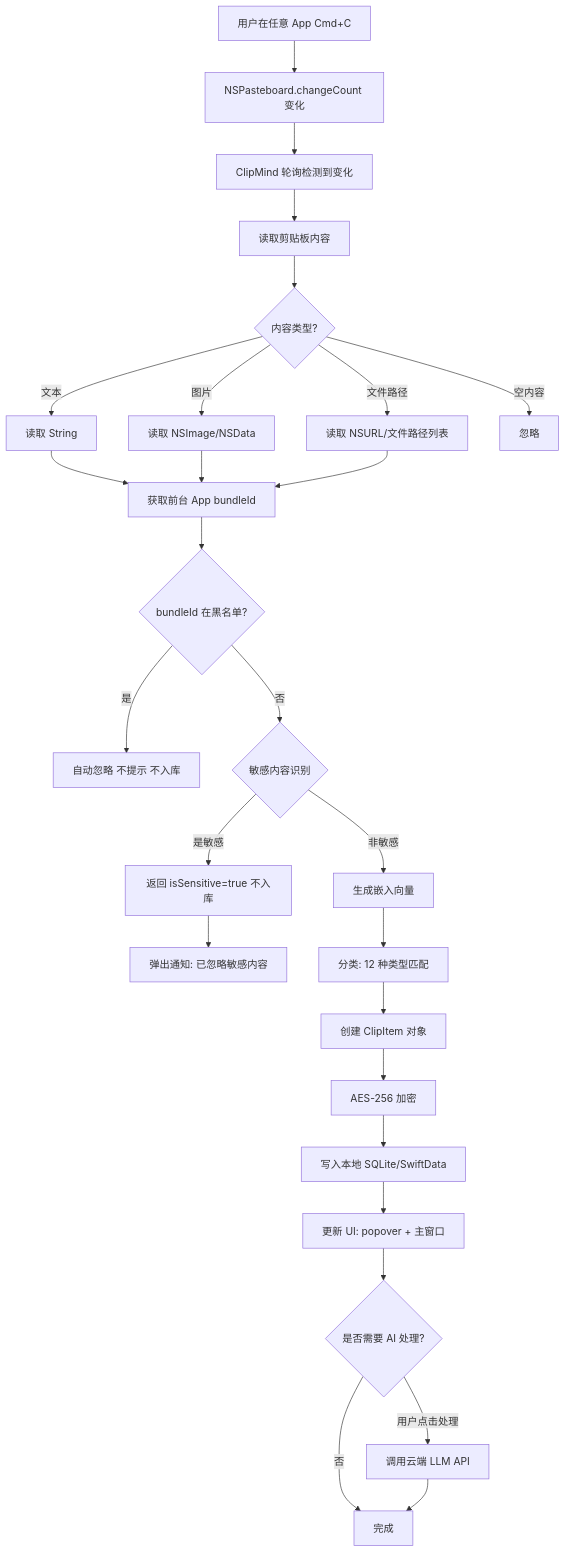
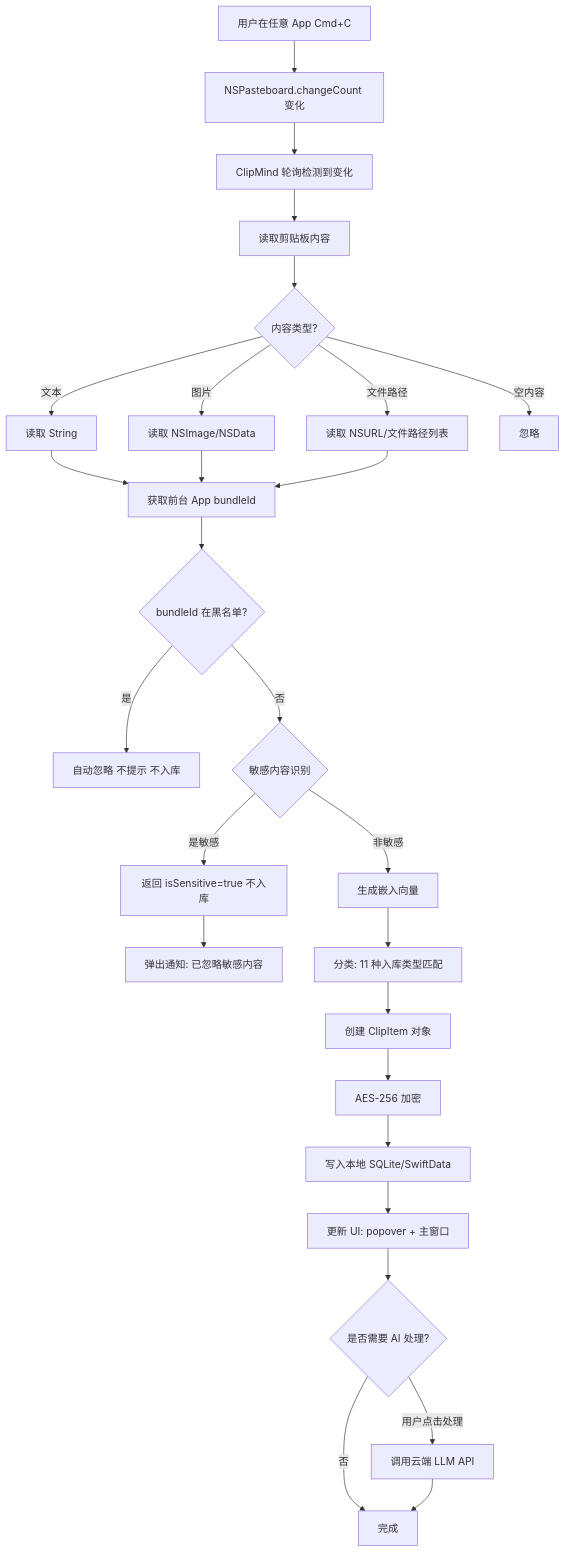
One commit to marcocpt/ClipMind changed the third of 13 diagrams in docs/planning/P0/F1/F1_ClipMind_设计规范.md. Above: the diagram before and after it, drawn with Mermaid. The commit also changed other lines of this file, not shown here.

````diff
--- a/docs/planning/P0/F1/F1_ClipMind_设计规范.md
+++ b/docs/planning/P0/F1/F1_ClipMind_设计规范.md
@@ -205,33 +205,33 @@
 ```mermaid
 flowchart TD
     A[用户在任意 App Cmd+C] --> B[NSPasteboard.changeCount 变化]
     B --> C[ClipMind 轮询检测到变化]
     C --> D[读取剪贴板内容]
     D --> D1{内容类型?}
     D1 -- 文本 --> D2[读取 String]
     D1 -- 图片 --> D3[读取 NSImage/NSData]
     D1 -- 文件路径 --> D4[读取 NSURL/文件路径列表]
     D1 -- 空内容 --> E[忽略]
     
     D2 --> F[获取前台 App bundleId]
     D3 --> F
     D4 --> F
     
     F --> G{bundleId 在黑名单?}
     G -- 是 --> H[自动忽略 不提示 不入库]
     G -- 否 --> I{敏感内容识别}
     
     I -- 是敏感 --> J[返回 isSensitive=true 不入库]
     J --> K[弹出通知: 已忽略敏感内容]
     I -- 非敏感 --> L[生成嵌入向量]
     
-    L --> M[分类: 12 种类型匹配]
+    L --> M[分类: 11 种入库类型匹配]
     M --> N[创建 ClipItem 对象]
     N --> O[AES-256 加密]
     O --> P[写入本地 SQLite/SwiftData]
     P --> Q[更新 UI: popover + 主窗口]
     Q --> R{是否需要 AI 处理?}
     R -- 用户点击处理 --> S[调用云端 LLM API]
     R -- 否 --> T[完成]
     S --> T
 ```
````
